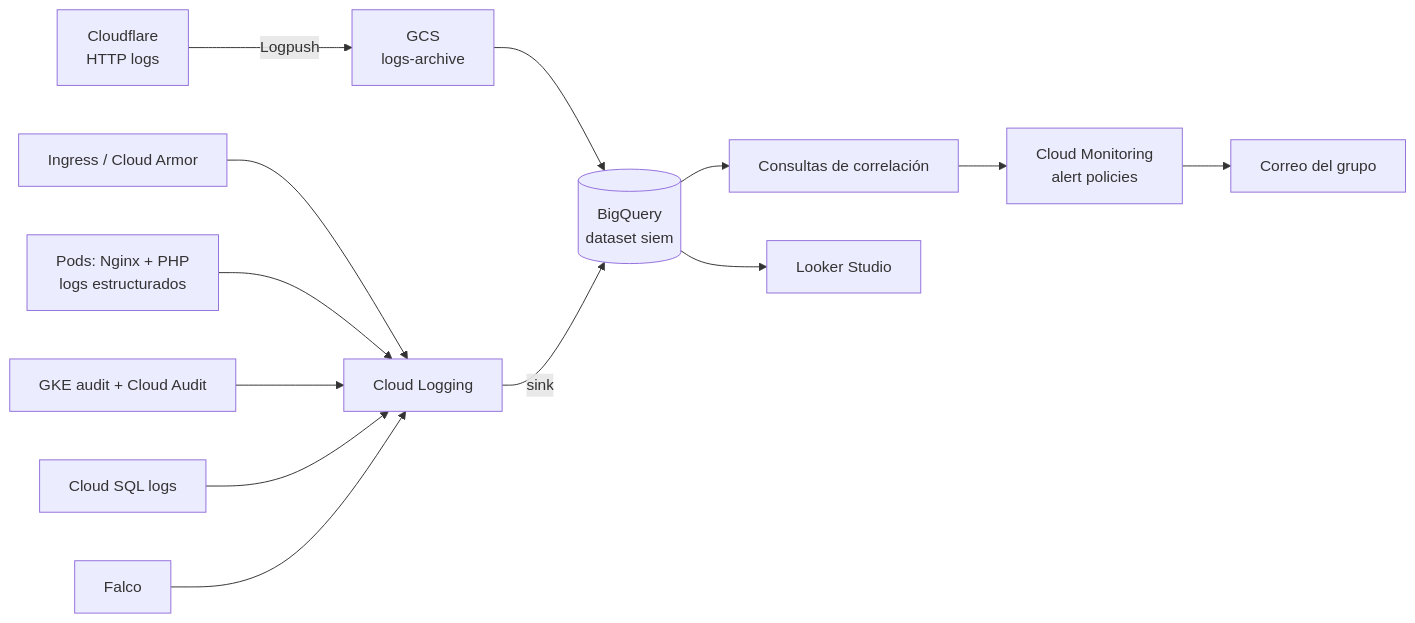
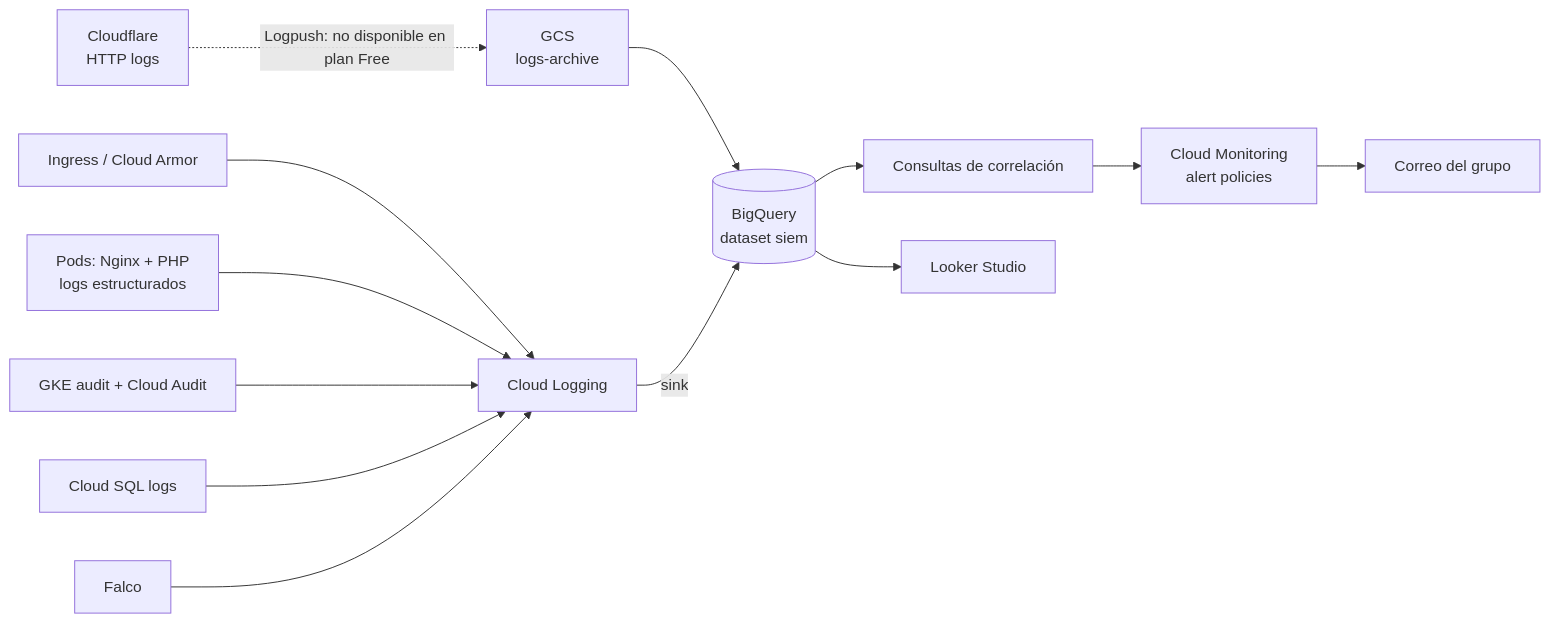
Before and after one commit to Joliva07/ProyectoFinal_SeguridadEnAplicaciones: the diagram in docs/05-operaciones/siem.md, drawn with Mermaid. The commit also changed other lines of this file and 20 other files, not shown here.

````diff
--- a/docs/05-operaciones/siem.md
+++ b/docs/05-operaciones/siem.md
@@ -7,15 +7,15 @@
 ```mermaid
 flowchart LR
-    CF["Cloudflare<br/>HTTP logs"] -->|Logpush| GCS["GCS<br/>logs-archive"]
+    CF["Cloudflare<br/>HTTP logs"] -.->|"Logpush: no disponible en plan Free"| GCS["GCS<br/>logs-archive"]
     LB["Ingress / Cloud Armor"] --> LOG["Cloud Logging"]
     APP["Pods: Nginx + PHP<br/>logs estructurados"] --> LOG
     AUD["GKE audit + Cloud Audit"] --> LOG
     SQL["Cloud SQL logs"] --> LOG
     FALCO["Falco"] --> LOG
     GCS --> BQ[("BigQuery<br/>dataset siem")]
     LOG -->|sink| BQ
     BQ --> Q["Consultas de correlación"]
     Q --> ALERT["Cloud Monitoring<br/>alert policies"]
     ALERT --> MAIL["Correo del grupo"]
     BQ --> DASH["Looker Studio"]
 ```
````
